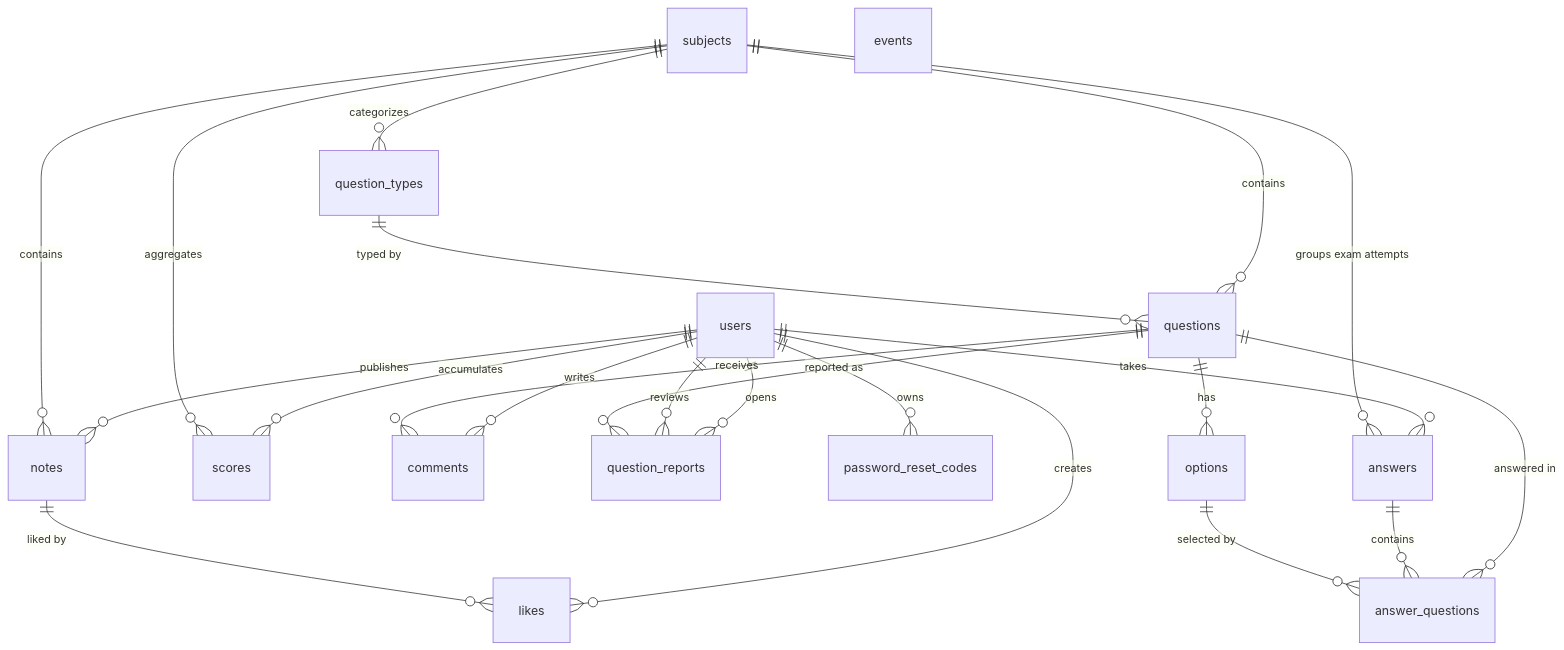
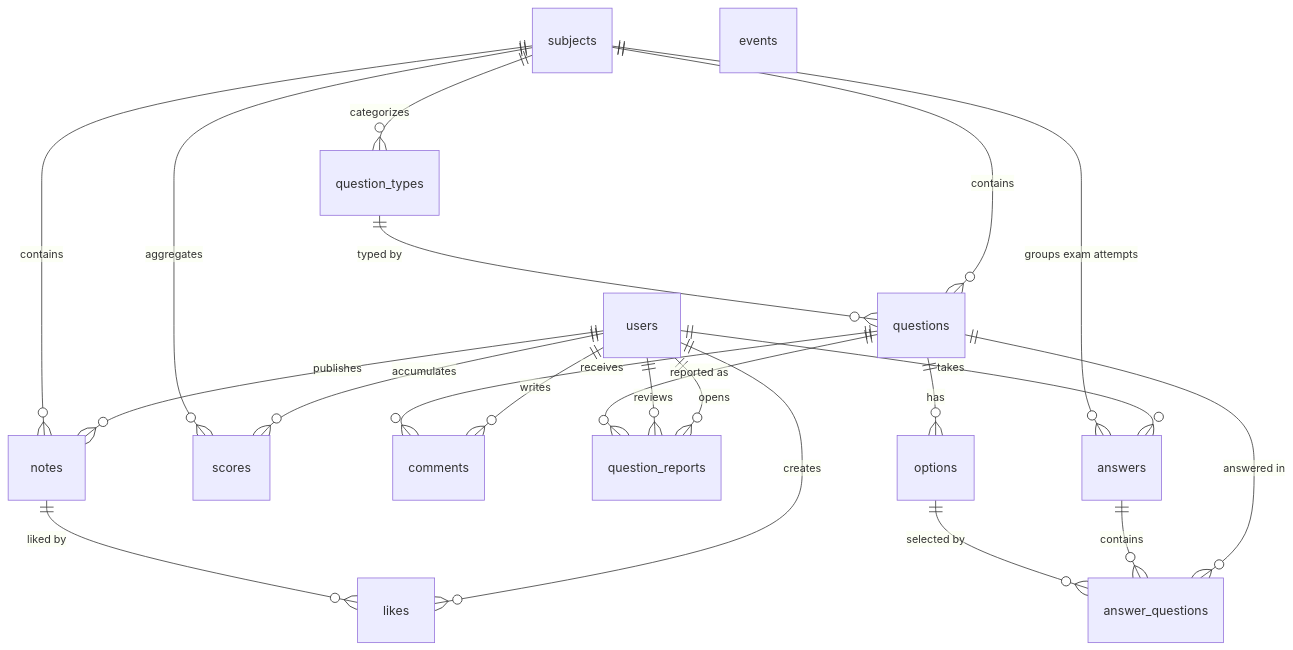
The diagram in docs/DATABASE_SCHEMA.md (Nucleo-Estudantes-Informatica-ISEP/antirecurso-api-adonis), drawn with Mermaid before and after one commit. The commit also changed other lines of this file and 12 other files, not shown here.

````diff
--- a/docs/DATABASE_SCHEMA.md
+++ b/docs/DATABASE_SCHEMA.md
@@ -19,29 +19,28 @@
 ```mermaid
 erDiagram
     users ||--o{ answers : "takes"
     users ||--o{ scores : "accumulates"
     users ||--o{ comments : "writes"
     users ||--o{ question_reports : "opens"
     users ||--o{ question_reports : "reviews"
-    users ||--o{ password_reset_codes : "owns"
     users ||--o{ notes : "publishes"
     users ||--o{ likes : "creates"
 
     subjects ||--o{ question_types : "categorizes"
     subjects ||--o{ questions : "contains"
     subjects ||--o{ answers : "groups exam attempts"
     subjects ||--o{ scores : "aggregates"
     subjects ||--o{ notes : "contains"
 
     question_types ||--o{ questions : "typed by"
 
     questions ||--o{ options : "has"
     questions ||--o{ comments : "receives"
     questions ||--o{ question_reports : "reported as"
     questions ||--o{ answer_questions : "answered in"
 
     answers ||--o{ answer_questions : "contains"
     options ||--o{ answer_questions : "selected by"
     notes ||--o{ likes : "liked by"
     events
 ```
````
